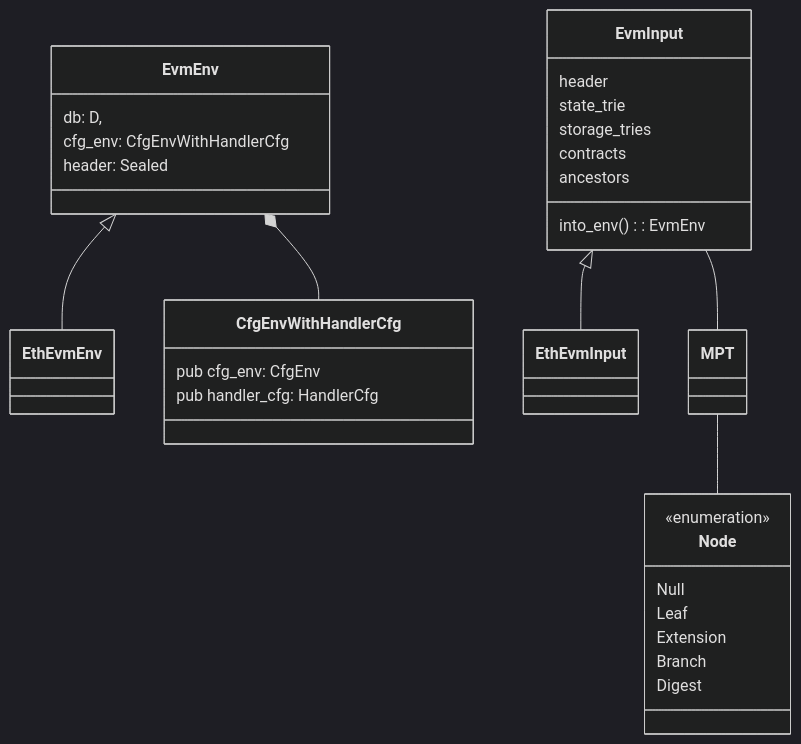
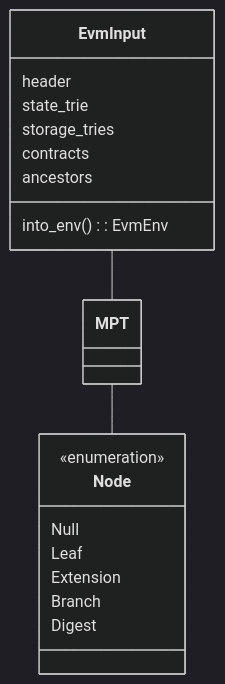
Before and after one commit to vlayer-xyz/vlayer: the fifth of 5 diagrams in book/src/appendix/architecture/prover.md, drawn with Mermaid. The commit also changed other lines of this file, not shown here.

````diff
--- a/book/src/appendix/architecture/prover.md
+++ b/book/src/appendix/architecture/prover.md
@@ -144,41 +199,26 @@
 ```mermaid
 %%{init: {'theme':'dark'}}%%
 classDiagram
 
 class EvmInput {
     header
     state_trie
     storage_tries
     contracts
     ancestors
     into_env(): EvmEnv<StateDb, H>
 }
 
-class EvmEnv {
-    db: D,
-    cfg_env: CfgEnvWithHandlerCfg
-    header: Sealed<H>
-}
-
-EvmEnv <|-- EthEvmEnv
-EvmEnv *-- CfgEnvWithHandlerCfg
-
-EvmInput <|-- EthEvmInput
 EvmInput -- MPT
 MPT -- Node
-
-class CfgEnvWithHandlerCfg {
-    pub cfg_env: CfgEnv
-    pub handler_cfg: HandlerCfg
-}
 
 class Node {
     <<enumeration>>
     Null
     Leaf
     Extension
     Branch
     Digest
 }
 
 ```
````
